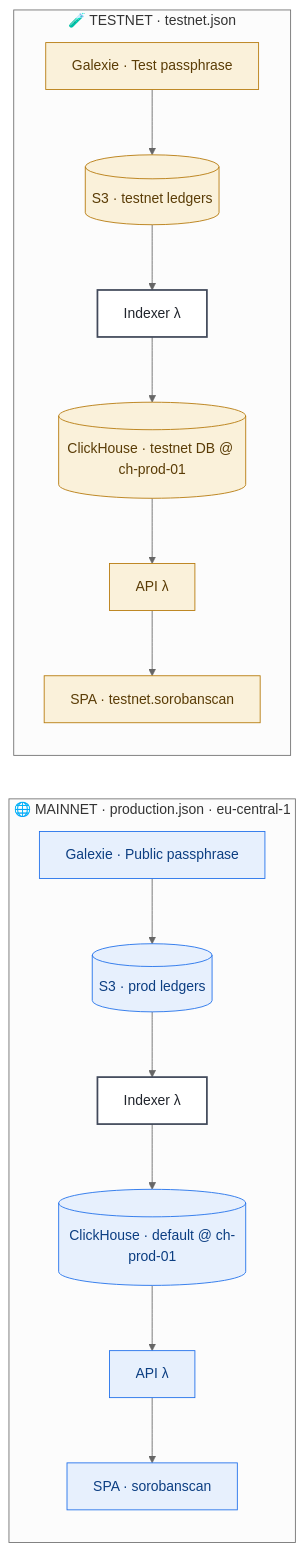
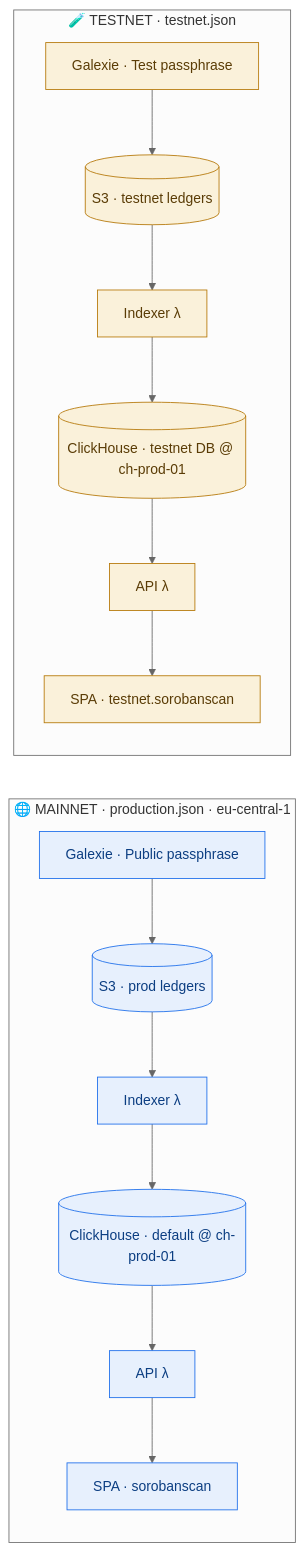
Before and after one commit to rumblefishdev/soroban-block-explorer: the first of 2 diagrams in lore/2-adrs/0052_testnet-as-second-environment-and-staging.md, drawn with Mermaid (neutral theme). The commit also changed other lines of this file, not shown here.

Commit message:
docs(adr-0052): show separate per-env Lambda functions, not one shared instance

````diff
--- a/lore/2-adrs/0052_testnet-as-second-environment-and-staging.md
+++ b/lore/2-adrs/0052_testnet-as-second-environment-and-staging.md
@@ -56,17 +56,15 @@
 ```mermaid
 flowchart LR
   subgraph MN["🌐 MAINNET · production.json · eu-central-1"]
     direction TB
     gm["Galexie · Public passphrase"] --> sm[("S3 · prod ledgers")] --> im["Indexer λ"] --> cm[("ClickHouse · default @ ch-prod-01")] --> am["API λ"] --> wm["SPA · sorobanscan"]
   end
   subgraph TN["🧪 TESTNET · testnet.json"]
     direction TB
     gt["Galexie · Test passphrase"] --> st[("S3 · testnet ledgers")] --> it["Indexer λ"] --> ct[("ClickHouse · testnet DB @ ch-prod-01")] --> at["API λ"] --> wt["SPA · testnet.sorobanscan"]
   end
   classDef mn fill:#e7f0fd,stroke:#1f6feb,color:#0c3e82;
   classDef tn fill:#faf1da,stroke:#b6790a,color:#5a3c06;
-  classDef shared fill:#ffffff,stroke:#41495a,color:#20242c,stroke-width:2px;
-  class gm,sm,cm,am,wm mn;
-  class gt,st,ct,at,wt tn;
-  class im,it shared;
+  class gm,sm,cm,am,wm,im mn;
+  class gt,st,ct,at,wt,it tn;
 ```
````
